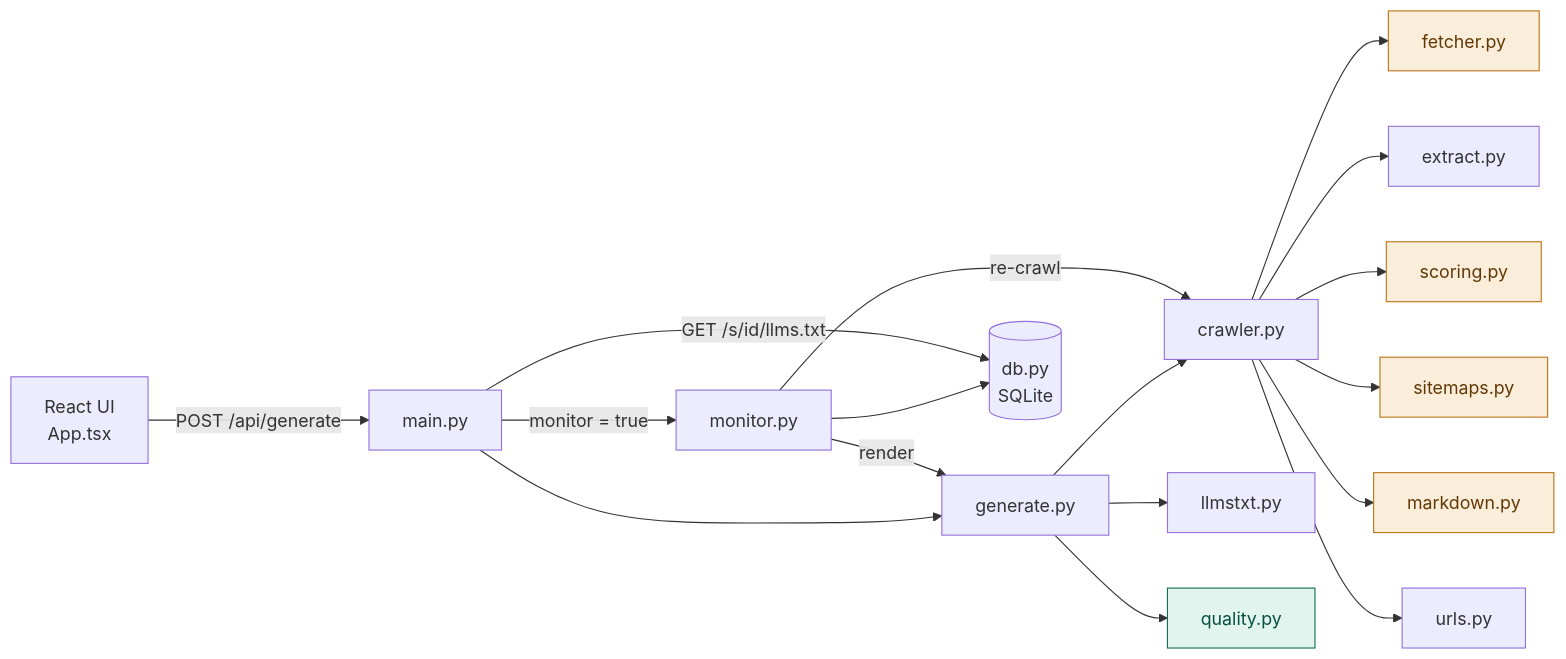
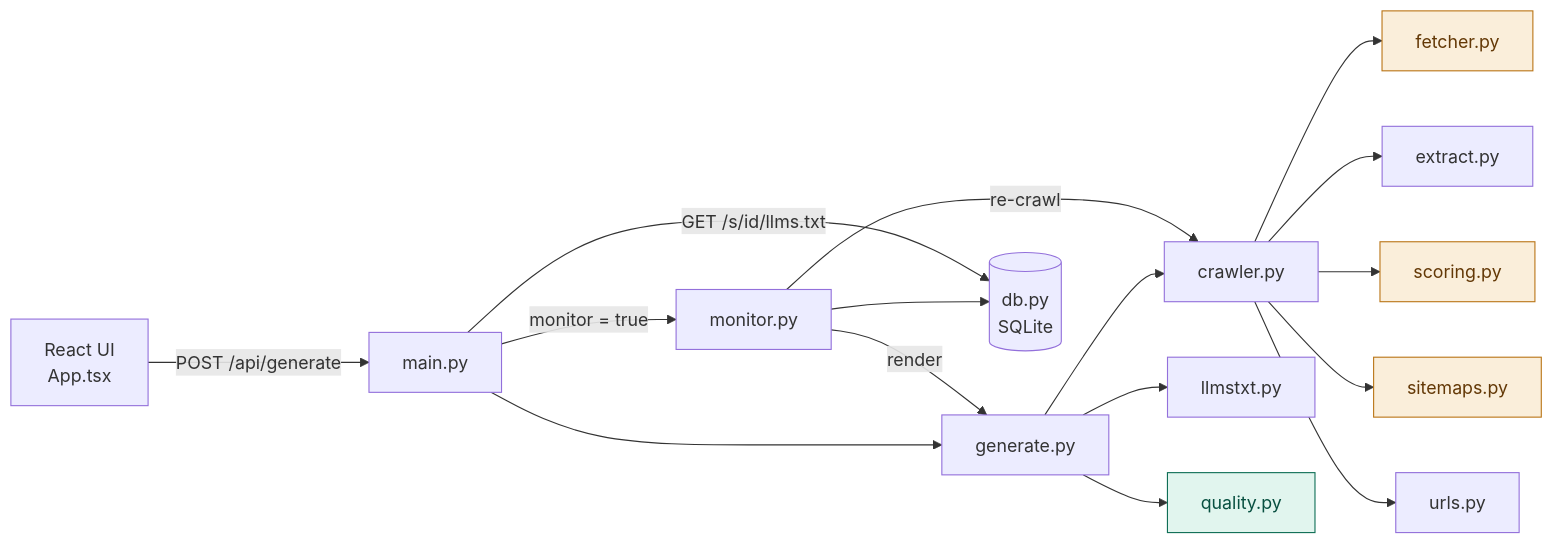
One commit to nmallekav/llms-txt-nishanth-mallekav changed the first of 2 diagrams in docs/code-walkthrough.md. Above: the diagram before and after it, drawn with Mermaid. The commit also changed other lines of this file and 35 other files, not shown here.

````diff
--- a/docs/code-walkthrough.md
+++ b/docs/code-walkthrough.md
@@ -16,24 +16,23 @@
 ```mermaid
 flowchart LR
     UI[React UI<br/>App.tsx] -->|POST /api/generate| MAIN[main.py]
     MAIN --> GEN[generate.py]
     MAIN -->|monitor = true| MON[monitor.py]
     GEN --> CR[crawler.py]
     GEN --> LT[llmstxt.py]
     GEN --> QU[quality.py]
     CR --> FE[fetcher.py]
     CR --> EX[extract.py]
     CR --> SC[scoring.py]
     CR --> SM[sitemaps.py]
-    CR --> MD[markdown.py]
     CR --> UR[urls.py]
     MON -->|re-crawl| CR
     MON -->|render| GEN
     MON --> DB[(db.py<br/>SQLite)]
     MAIN -->|GET /s/id/llms.txt| DB
 
     classDef helper fill:#FAEEDA,stroke:#BA7517,color:#633806
     classDef report fill:#E1F5EE,stroke:#0F6E56,color:#085041
-    class FE,SC,SM,MD helper
+    class FE,SC,SM helper
     class QU report
 ```
````
